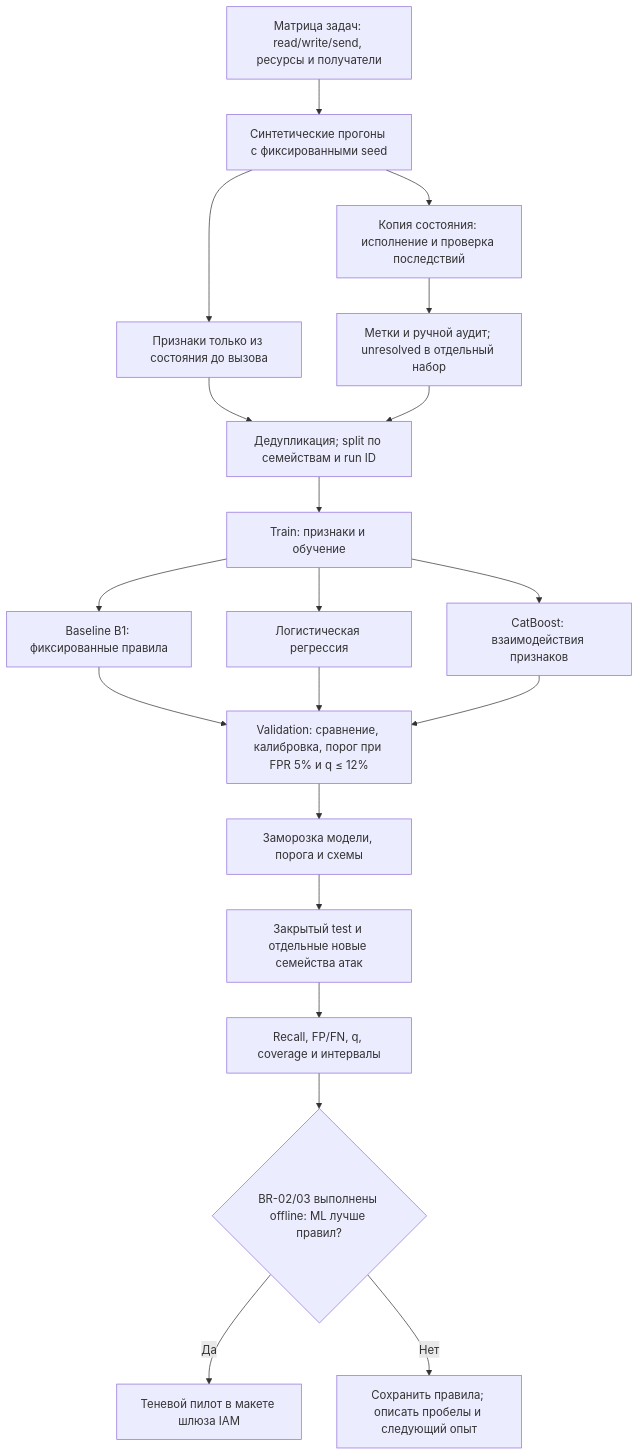
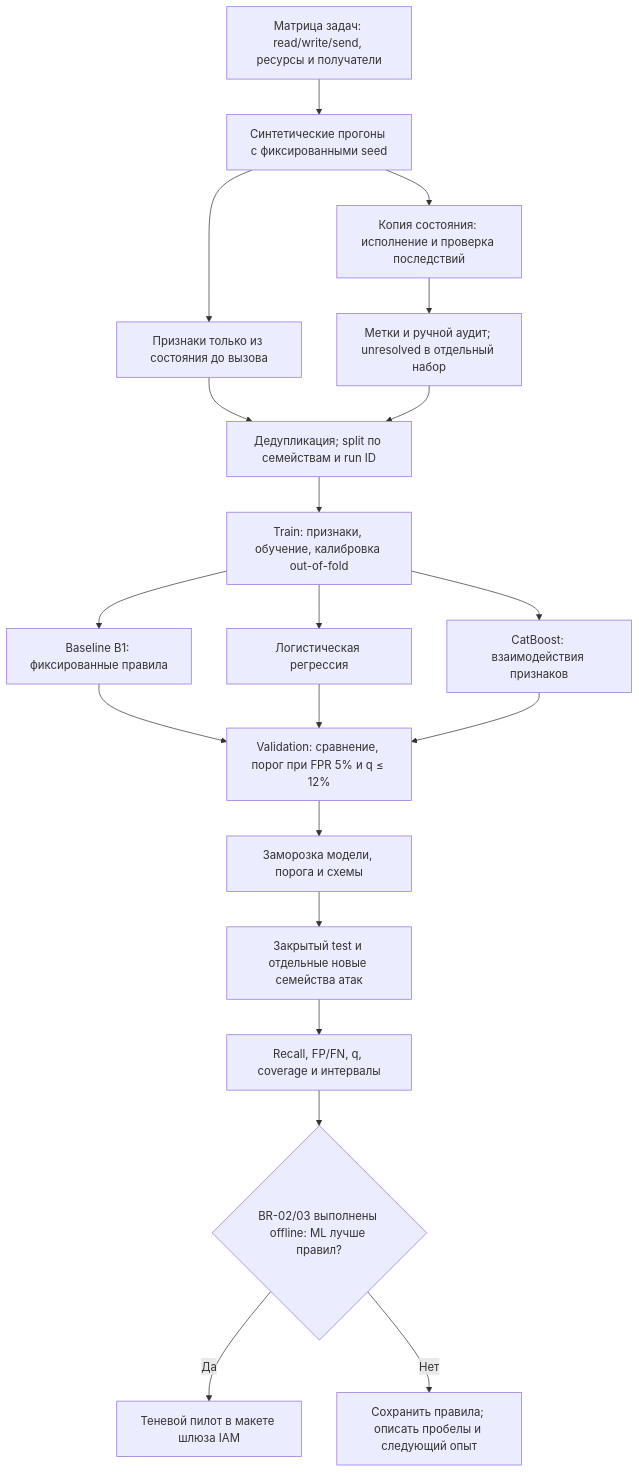
The first of 2 diagrams in docs/ml_system_design_doc.md (burdygin/itmo-mlsd-agent-risk), drawn with Mermaid before and after one commit. The commit also changed other lines of this file and 20 other files, not shown here.

````diff
--- a/docs/ml_system_design_doc.md
+++ b/docs/ml_system_design_doc.md
@@ -341,22 +349,22 @@
 ```mermaid
 flowchart TD
     S[Матрица задач: read/write/send, ресурсы и получатели] --> G[Синтетические прогоны с фиксированными seed]
     G --> X[Признаки только из состояния до вызова]
     G --> O[Копия состояния: исполнение и проверка последствий]
     O --> Y[Метки и ручной аудит; unresolved в отдельный набор]
     X --> D[Дедупликация; split по семействам и run ID]
     Y --> D
-    D --> T[Train: признаки и обучение]
+    D --> T[Train: признаки, обучение, калибровка out-of-fold]
     T --> B[Baseline B1: фиксированные правила]
     T --> L[Логистическая регрессия]
     T --> C[CatBoost: взаимодействия признаков]
-    B --> V[Validation: сравнение, калибровка, порог при FPR 5% и q ≤ 12%]
+    B --> V[Validation: сравнение, порог при FPR 5% и q ≤ 12%]
     L --> V
     C --> V
     V --> F[Заморозка модели, порога и схемы]
     F --> E[Закрытый test и отдельные новые семейства атак]
     E --> R[Recall, FP/FN, q, coverage и интервалы]
     R --> Q{BR-02/03 выполнены offline: ML лучше правил?}
     Q -->|Да| P[Теневой пилот в макете шлюза IAM]
     Q -->|Нет| N[Сохранить правила; описать пробелы и следующий опыт]
 ```
````
